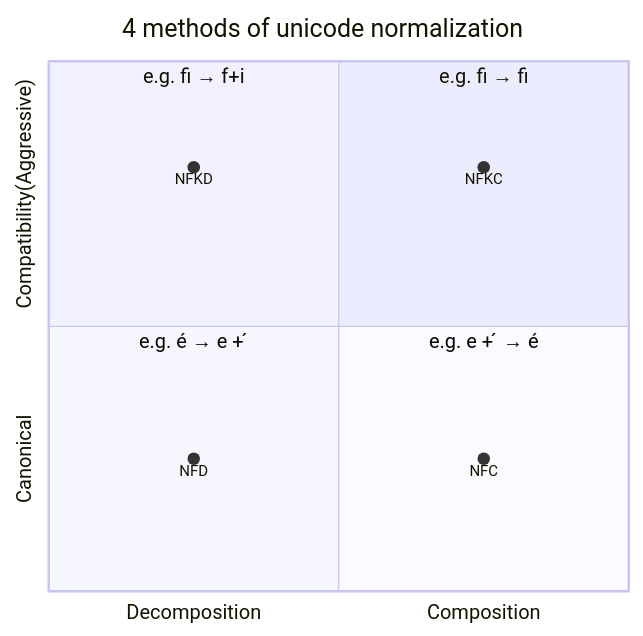
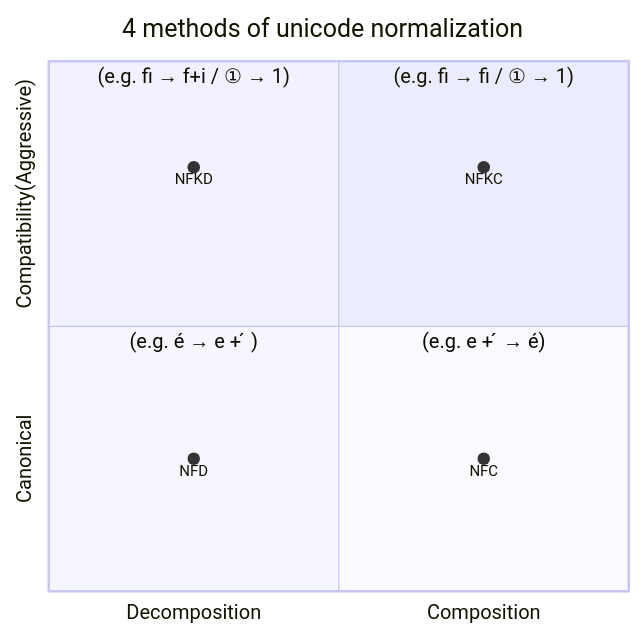
Before and after one commit to ChrisZhu2050/chriszhu2050.github.io: the second of 6 diagrams in README.md, drawn with Mermaid.

````diff
--- a/README.md
+++ b/README.md
@@ -56,14 +56,14 @@
       ```mermaid
         quadrantChart
           title 4 methods of unicode normalization
           x-axis Decomposition --> Composition
           y-axis "Canonical" --> "Compatibility(Aggressive)"
-              quadrant-1 e.g. ﬁ → fi
-              quadrant-2 e.g. ﬁ → f+i
-              quadrant-3 e.g. é → e + ́ 
-              quadrant-4 e.g. e + ́ → é
+              quadrant-1 "(e.g. ﬁ → fi / ① → 1)"
+              quadrant-2 "(e.g. ﬁ → f+i / ① → 1)"
+              quadrant-3 "(e.g. é → e + ́ )"
+              quadrant-4 "(e.g. e + ́ → é)"
           "NFKD": [0.25, 0.8]
           "NFKC": [0.75, 0.8]
           "NFD": [0.25, 0.25]
           "NFC": [0.75, 0.25]
       ```
````
